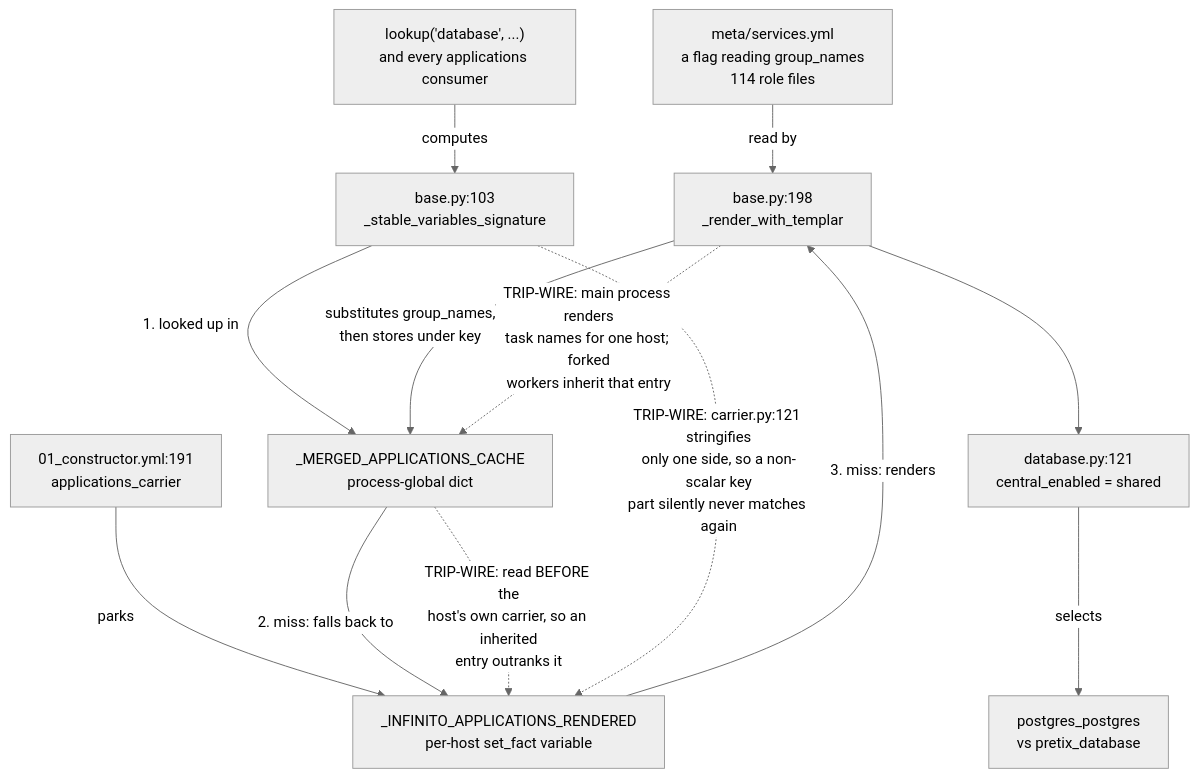
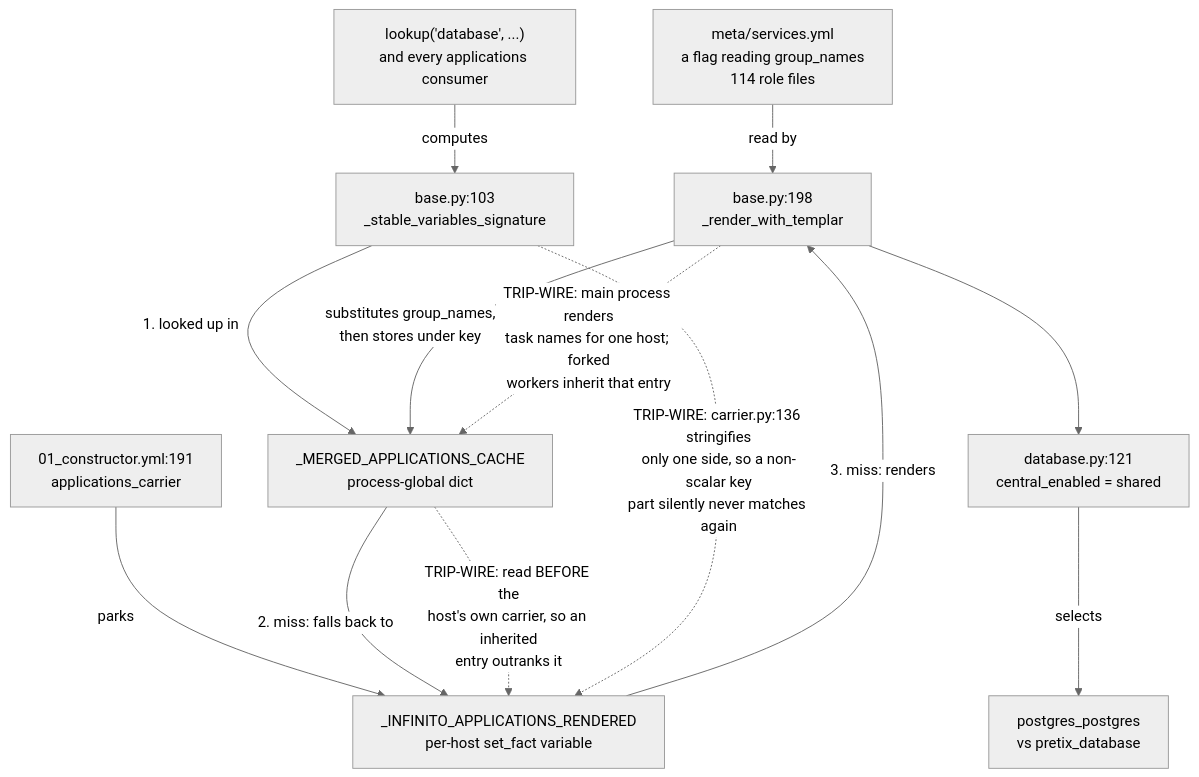
Before and after one commit to infinito-nexus/core: the diagram in utils/cache/README.md, drawn with Mermaid (neutral theme). The commit also changed 13 other files, not shown here.

````diff
--- a/utils/cache/README.md
+++ b/utils/cache/README.md
@@ -65,26 +65,26 @@
 ```mermaid
 flowchart TD
     decl["meta/services.yml<br/>a flag reading group_names<br/>114 role files"]
     ctor["01_constructor.yml:191<br/>applications_carrier"]
     fact["_INFINITO_APPLICATIONS_RENDERED<br/>per-host set_fact variable"]
     lookup["lookup('database', ...)<br/>and every applications consumer"]
     key["base.py:103<br/>_stable_variables_signature"]
     proc["_MERGED_APPLICATIONS_CACHE<br/>process-global dict"]
     render["base.py:198<br/>_render_with_templar"]
     consumer["database.py:121<br/>central_enabled = shared"]
     name["postgres_postgres<br/>vs pretix_database"]
 
     decl -->|"read by"| render
     ctor -->|"parks"| fact
     lookup -->|"computes"| key
     key -->|"1. looked up in"| proc
     proc -->|"2. miss: falls back to"| fact
     fact -->|"3. miss: renders"| render
     render -->|"substitutes group_names,<br/>then stores under key"| proc
     render --> consumer
     consumer -->|"selects"| name
 
     proc -.->|"TRIP-WIRE: read BEFORE the<br/>host's own carrier, so an inherited<br/>entry outranks it"| fact
     render -.->|"TRIP-WIRE: main process renders<br/>task names for one host; forked<br/>workers inherit that entry"| proc
-    key -.->|"TRIP-WIRE: carrier.py:121 stringifies<br/>only one side, so a non-scalar key<br/>part silently never matches again"| fact
+    key -.->|"TRIP-WIRE: carrier.py:136 stringifies<br/>only one side, so a non-scalar key<br/>part silently never matches again"| fact
 ```
````
